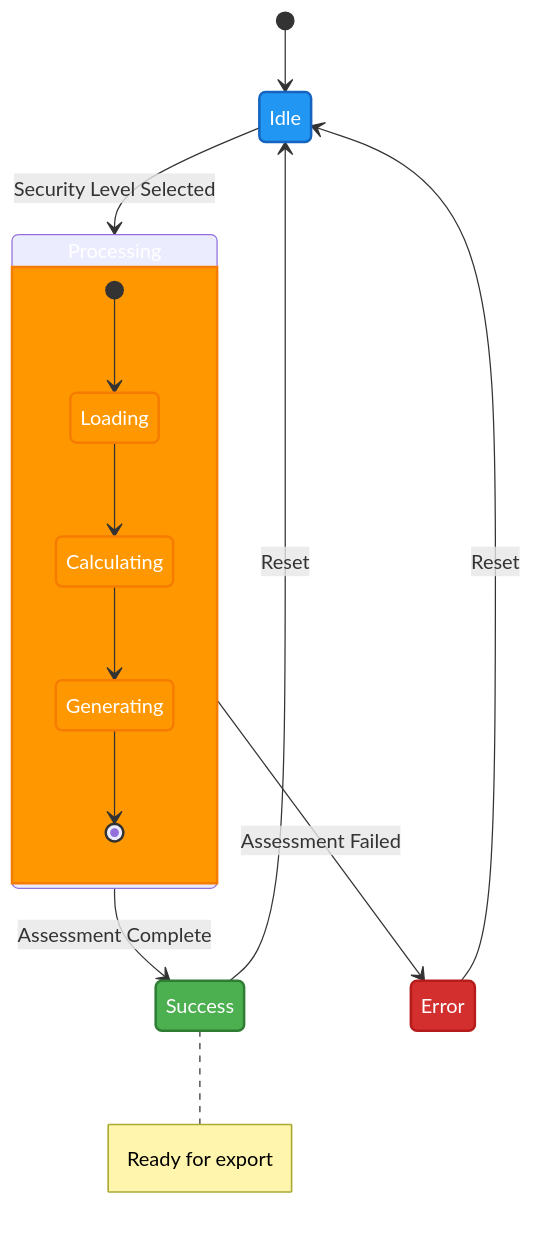
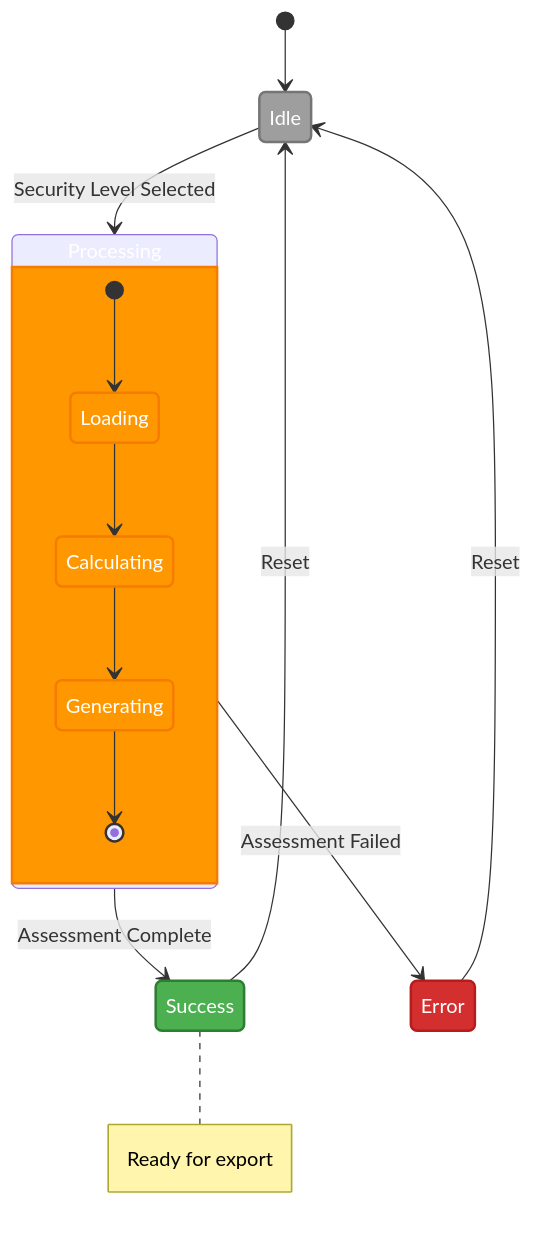
One commit to Hack23/cia-compliance-manager changed the fifth of 6 diagrams in docs/architecture/STYLE_GUIDE.md. Above: the diagram before and after it, drawn with Mermaid. The commit also changed other lines of this file and 2 other files, not shown here.

First line of the commit message:
fix: align STYLE_GUIDE palette colors, update idle to neutral, fix teal strokes to #1565C0

````diff
--- a/docs/architecture/STYLE_GUIDE.md
+++ b/docs/architecture/STYLE_GUIDE.md
@@ -187,29 +187,29 @@
 ```mermaid
 stateDiagram-v2
     [*] --> Idle
     
     Idle --> Processing: Security Level Selected
     Processing --> Success: Assessment Complete
     Processing --> Error: Assessment Failed
     Success --> Idle: Reset
     Error --> Idle: Reset
     
     state Processing {
         [*] --> Loading
         Loading --> Calculating
         Calculating --> Generating
         Generating --> [*]
     }
     
     note right of Success : Ready for export
     
-    classDef idle fill:#2196F3,stroke:#1565C0,stroke-width:2px,color:#ffffff
+    classDef idle fill:#9E9E9E,stroke:#757575,stroke-width:2px,color:#ffffff
     classDef processing fill:#FF9800,stroke:#F57C00,stroke-width:2px,color:#ffffff
     classDef success fill:#4CAF50,stroke:#2E7D32,stroke-width:2px,color:#ffffff
     classDef error fill:#D32F2F,stroke:#B71C1C,stroke-width:2px,color:#ffffff
     
     class Idle idle
     class Processing,Loading,Calculating,Generating processing
     class Success success
     class Error error
 ```
````
